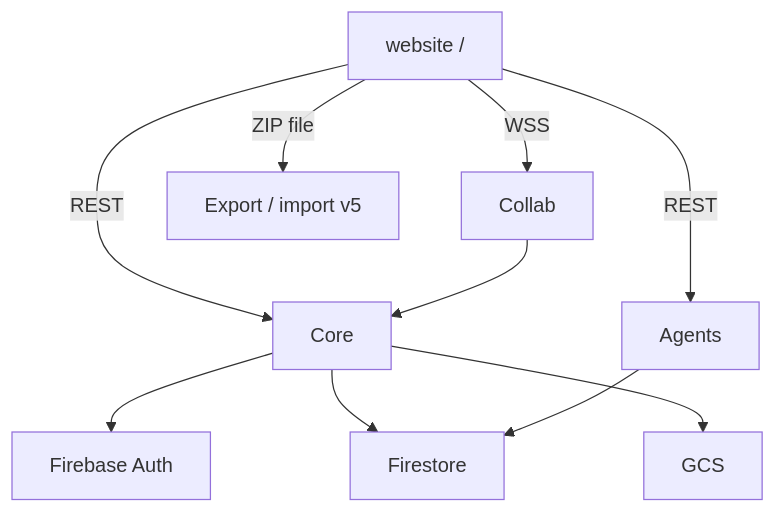
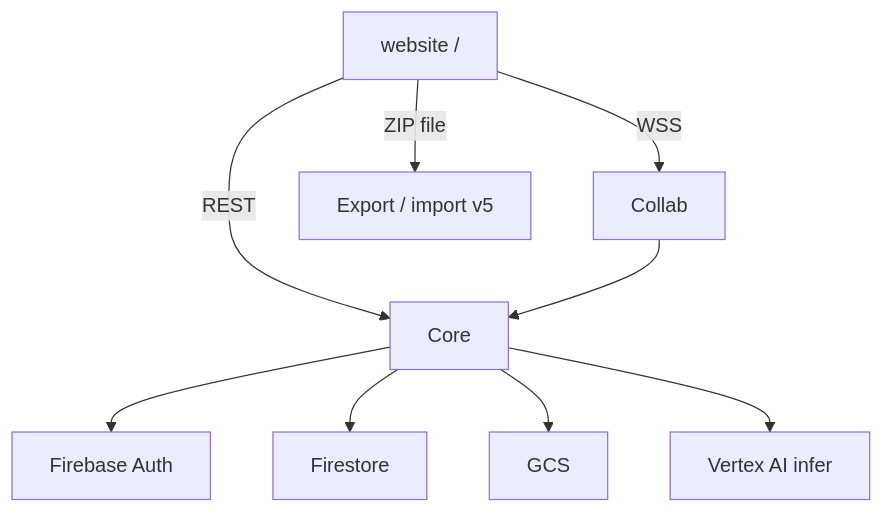
The diagram in docs/02-architecture/overview.md (msoe-vex/engineering-notebook-editor), drawn with Mermaid before and after one commit. The commit also changed other lines of this file and 77 other files, not shown here.

````diff
--- a/docs/02-architecture/overview.md
+++ b/docs/02-architecture/overview.md
@@ -22,13 +22,12 @@
 ```mermaid
 flowchart TB
   Client["website /"]
   Client -->|REST| Core
   Client -->|WSS| Collab
-  Client -->|REST| Agents
   Client -->|ZIP file| Zip["Export / import v5"]
   Core --> Auth["Firebase Auth"]
   Core --> FS["Firestore"]
   Core --> GCS["GCS"]
+  Core --> Vertex["Vertex AI infer"]
   Collab --> Core
-  Agents --> FS
 ```
````
